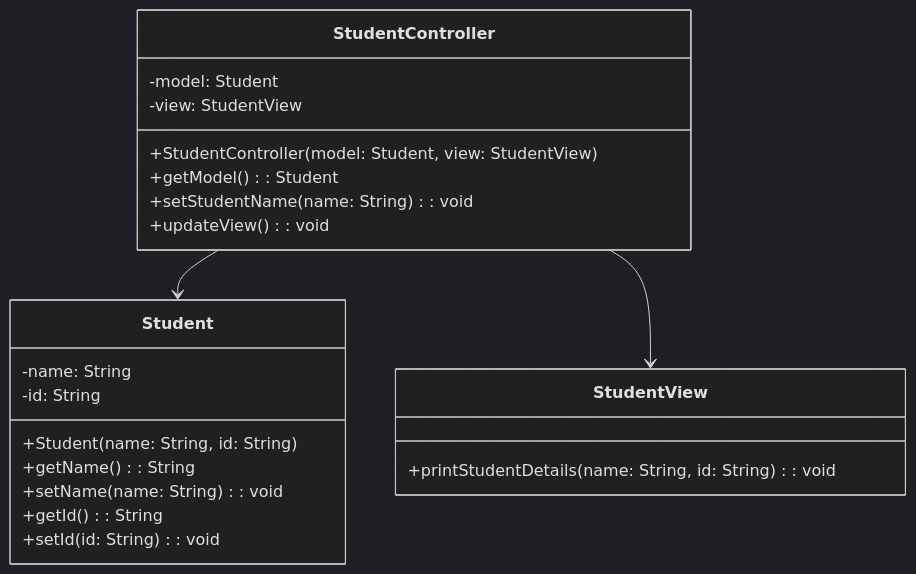
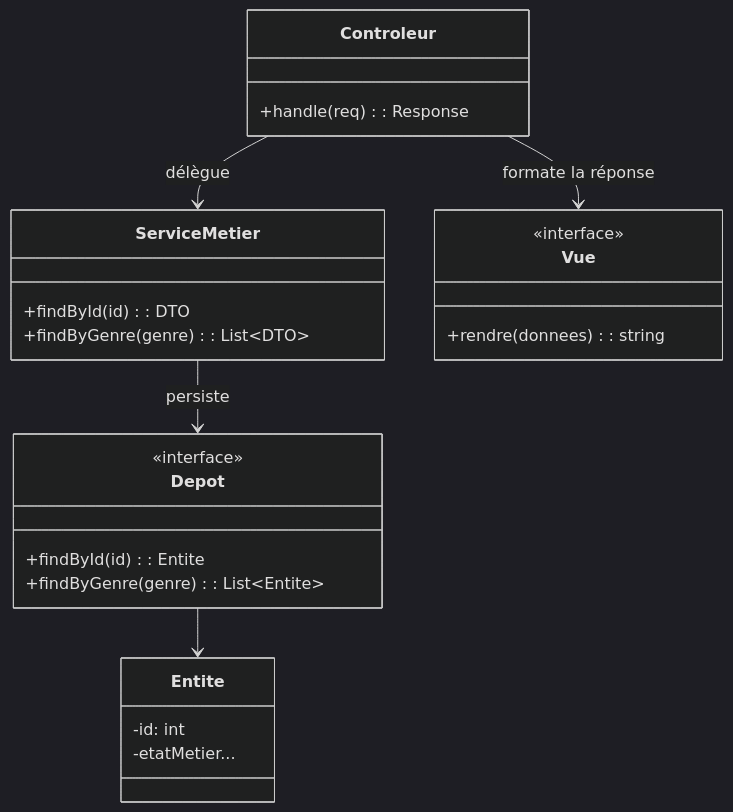
Before and after one commit to ophenix-maisonneuve/420-930-ma-site-web: the diagram in _notes/patterns/architecture/pattern-mvc.md, drawn with Mermaid (dark theme). The commit also changed other lines of this file and 2 other files, not shown here.

````diff
--- a/_notes/patterns/architecture/pattern-mvc.md
+++ b/_notes/patterns/architecture/pattern-mvc.md
@@ -93,25 +46,27 @@
 ```mermaid
 classDiagram
-class Student {
-  -name: String
-  -id: String
-  +Student(name: String, id: String)
-  +getName(): String
-  +setName(name: String): void
-  +getId(): String
-  +setId(id: String): void
+class Controleur {
+  +handle(req): Response
 }
-class StudentView {
-  +printStudentDetails(name: String, id: String): void
+class ServiceMetier {
+  +findById(id): DTO
+  +findByGenre(genre): List~DTO~
 }
-class StudentController {
-  -model: Student
-  -view: StudentView
-  +StudentController(model: Student, view: StudentView)
-  +getModel(): Student
-  +setStudentName(name: String): void
-  +updateView(): void
+class Depot {
+  <<interface>>
+  +findById(id): Entite
+  +findByGenre(genre): List~Entite~
 }
-StudentController --> Student
-StudentController --> StudentView
+class Entite {
+  -id: int
+  -etatMetier...
+}
+class Vue {
+  <<interface>>
+  +rendre(donnees): string
+}
+Controleur --> ServiceMetier : délègue
+ServiceMetier --> Depot : persiste
+Depot --> Entite
+Controleur --> Vue : formate la réponse
 ```
````
